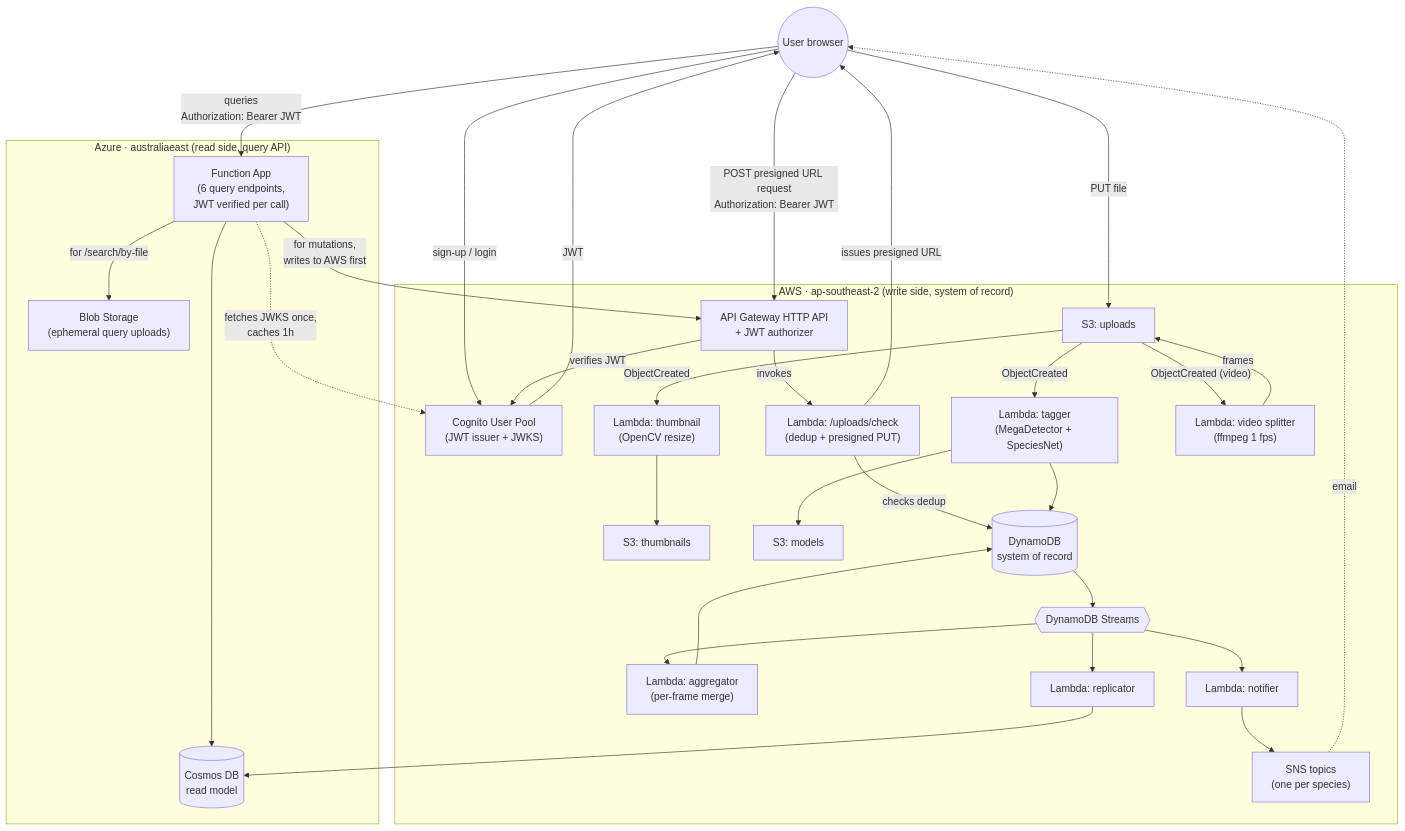
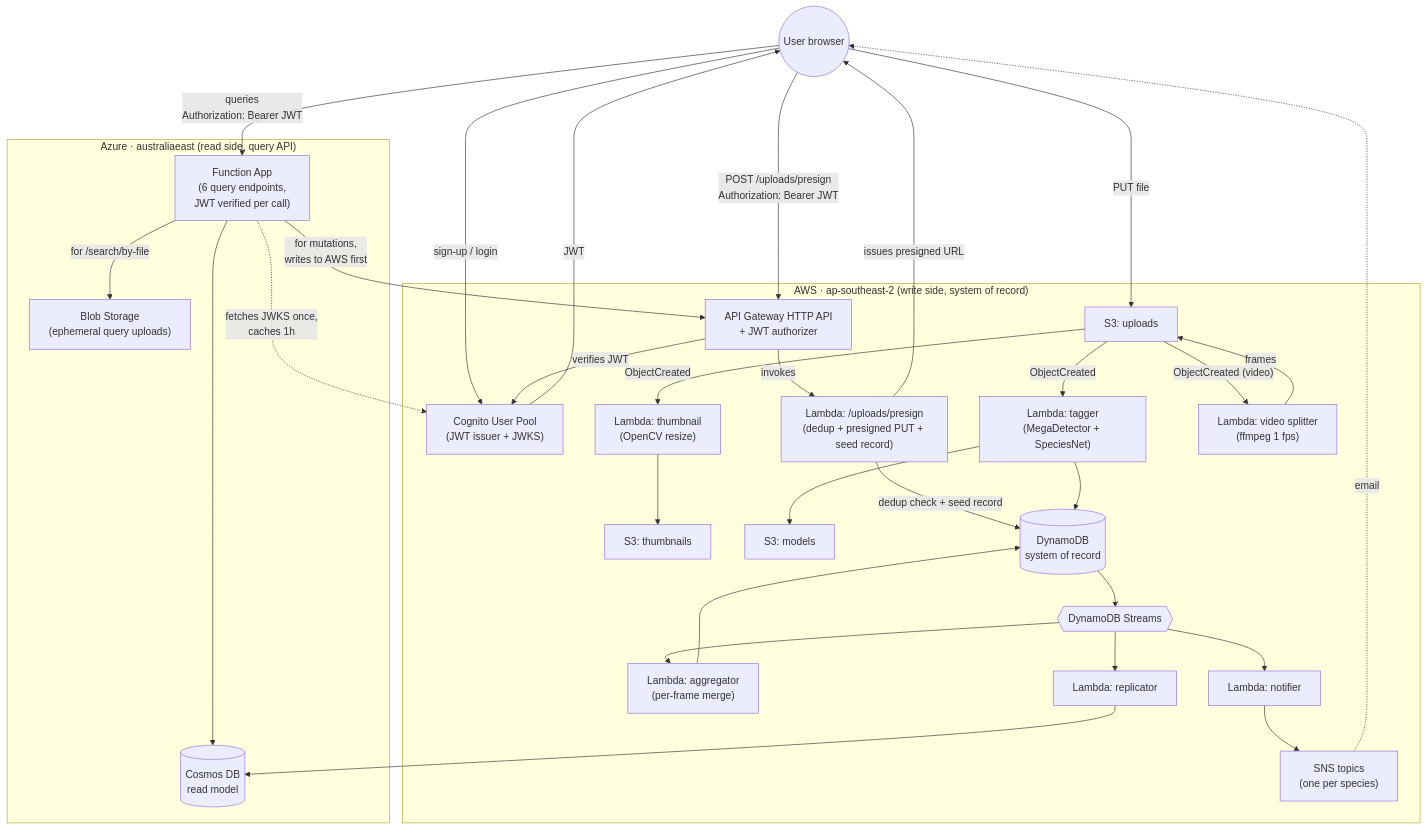
The diagram in docs/architecture-diagram.md (arsh-bansal/aussie-ecolens), drawn with Mermaid before and after one commit. The commit also changed other lines of this file and 3 other files, not shown here.

First line of the commit message:
feat(upload): rework presign to contract + seed metadata record

````diff
--- a/docs/architecture-diagram.md
+++ b/docs/architecture-diagram.md
@@ -17,62 +17,62 @@
 ```mermaid
 flowchart TB
     User((User browser))
 
     subgraph AWS["AWS · ap-southeast-2 (write side, system of record)"]
         Cognito["Cognito User Pool<br/>(JWT issuer + JWKS)"]
         APIGW["API Gateway HTTP API<br/>+ JWT authorizer"]
-        UCheckLam["Lambda: /uploads/check<br/>(dedup + presigned PUT)"]
+        UCheckLam["Lambda: /uploads/presign<br/>(dedup + presigned PUT + seed record)"]
         S3Up["S3: uploads"]
         S3Thumb["S3: thumbnails"]
         S3Model["S3: models"]
         ThumbLam["Lambda: thumbnail<br/>(OpenCV resize)"]
         TaggerLam["Lambda: tagger<br/>(MegaDetector + SpeciesNet)"]
         SplitLam["Lambda: video splitter<br/>(ffmpeg 1 fps)"]
         AggLam["Lambda: aggregator<br/>(per-frame merge)"]
         DDB[("DynamoDB<br/>system of record")]
         DDBStream{{"DynamoDB Streams"}}
         RepLam["Lambda: replicator"]
         NotifLam["Lambda: notifier"]
         SNS["SNS topics<br/>(one per species)"]
     end
 
     subgraph Azure["Azure · australiaeast (read side, query API)"]
         FuncApp["Function App<br/>(6 query endpoints,<br/>JWT verified per call)"]
         Cosmos[("Cosmos DB<br/>read model")]
         Blob["Blob Storage<br/>(ephemeral query uploads)"]
     end
 
     User -- "sign-up / login" --> Cognito
     Cognito -- "JWT" --> User
 
-    User -- "POST presigned URL request<br/>Authorization: Bearer JWT" --> APIGW
+    User -- "POST /uploads/presign<br/>Authorization: Bearer JWT" --> APIGW
     APIGW -- "verifies JWT" --> Cognito
     APIGW -- "invokes" --> UCheckLam
-    UCheckLam -- "checks dedup" --> DDB
+    UCheckLam -- "dedup check + seed record" --> DDB
     UCheckLam -- "issues presigned URL" --> User
 
     User -- "PUT file" --> S3Up
 
     S3Up -- "ObjectCreated" --> ThumbLam
     S3Up -- "ObjectCreated" --> TaggerLam
     S3Up -- "ObjectCreated (video)" --> SplitLam
     SplitLam -- "frames" --> S3Up
     ThumbLam --> S3Thumb
     TaggerLam --> S3Model
     TaggerLam --> DDB
     AggLam --> DDB
 
     DDB --> DDBStream
     DDBStream --> RepLam
     DDBStream --> NotifLam
     DDBStream --> AggLam
     RepLam --> Cosmos
     NotifLam --> SNS
     SNS -. "email" .-> User
 
     User -- "queries<br/>Authorization: Bearer JWT" --> FuncApp
     FuncApp -. "fetches JWKS once,<br/>caches 1h" .-> Cognito
     FuncApp --> Cosmos
     FuncApp -- "for /search/by-file" --> Blob
     FuncApp -- "for mutations,<br/>writes to AWS first" --> APIGW
 ```
````
